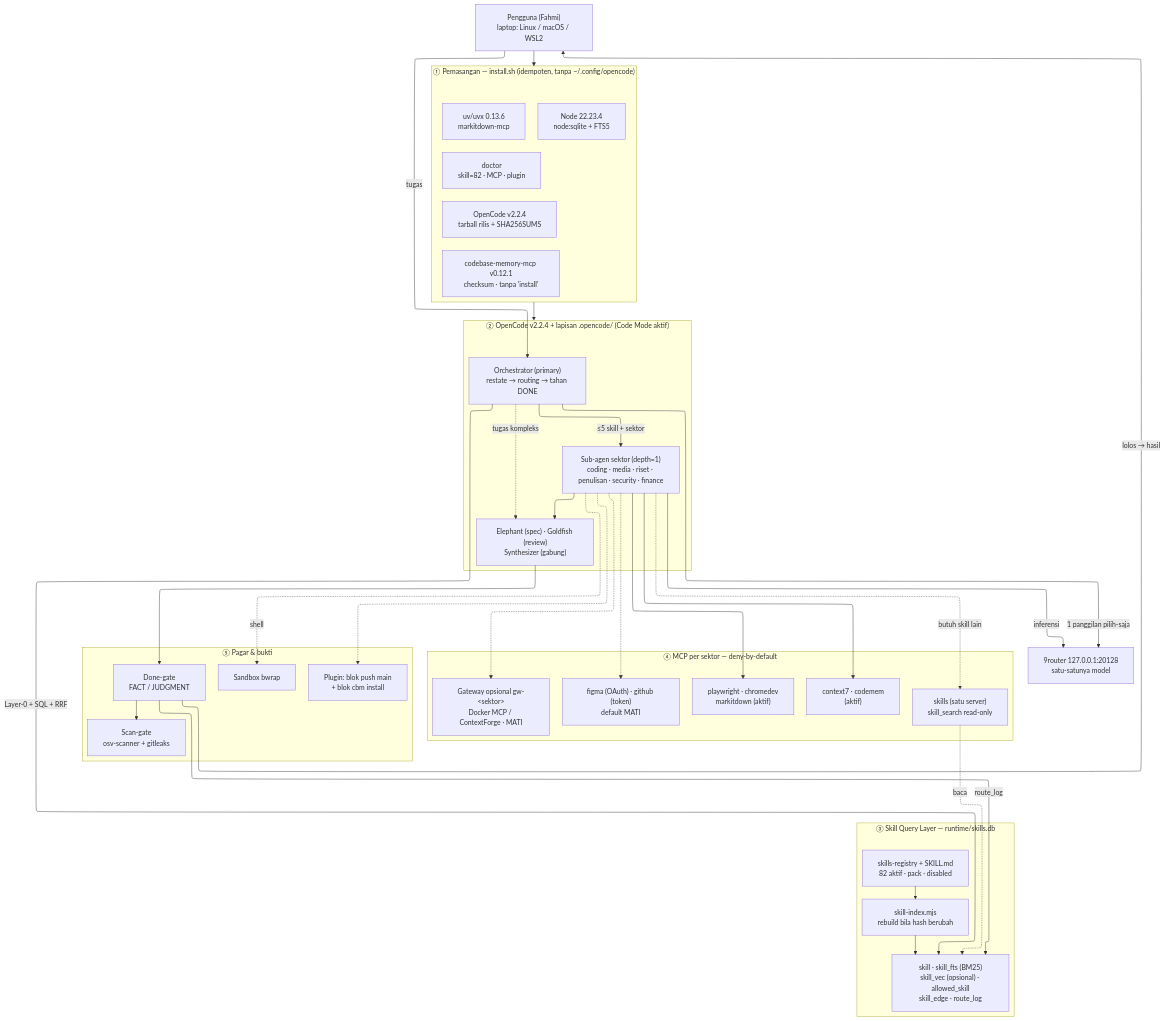
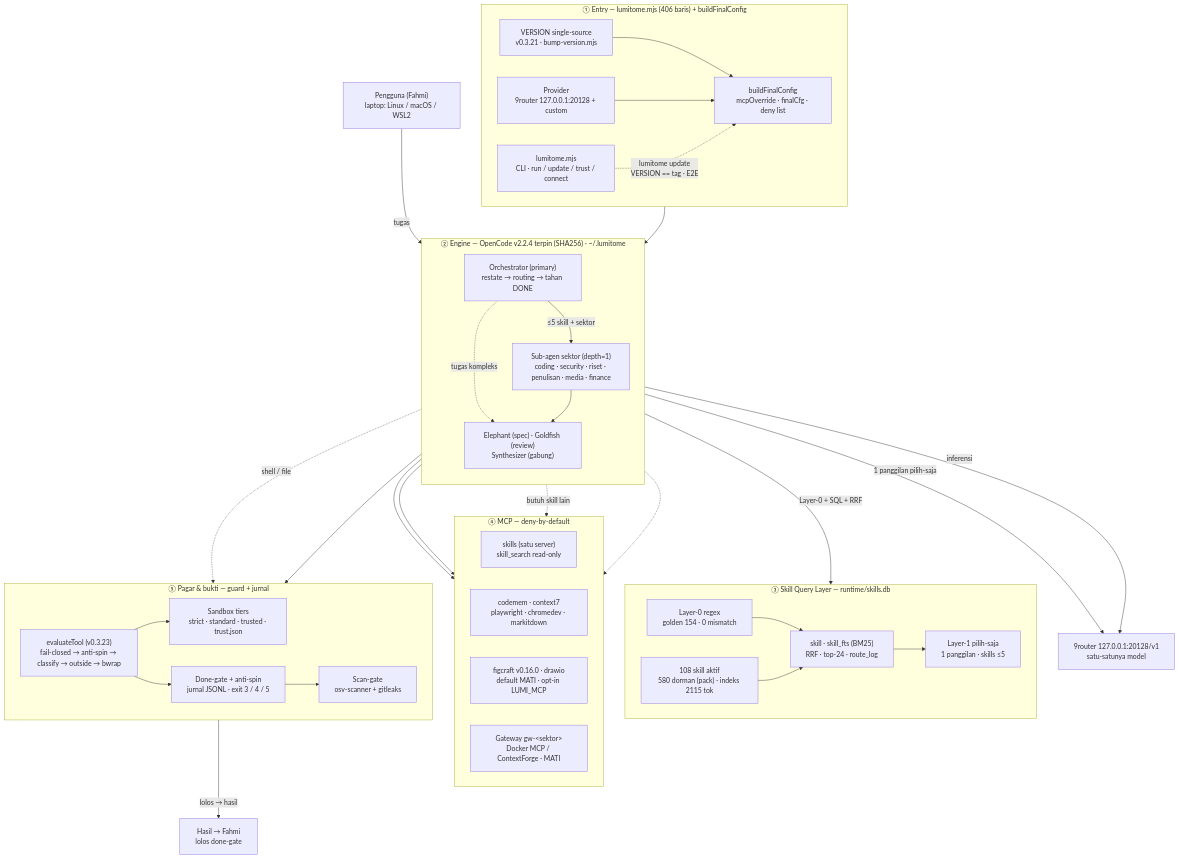
The diagram in docs/diagrams/arsitektur-final.mmd (fahmi0812/Lumitome), drawn with Mermaid before and after one commit. The commit also changed 6 other files, not shown here.

First line of the commit message:
v0.3.24 — Perbarui diagram arsitektur

```diff
--- a/docs/diagrams/arsitektur-final.mmd
+++ b/docs/diagrams/arsitektur-final.mmd
@@ -1,73 +1,73 @@
 ---
 config:
-  layout: elk
   flowchart:
     padding: 18
 ---
 flowchart TB
   U["Pengguna (Fahmi)<br/>laptop: Linux / macOS / WSL2"]
 
-  subgraph INST["① Pemasangan — install.sh (idempoten, tanpa ~/.config/opencode)"]
+  subgraph ENTRY["① Entry — lumitome.mjs (406 baris) + buildFinalConfig"]
     direction LR
-    I1["OpenCode v2.2.4<br/>tarball rilis + SHA256SUMS"]
-    I2["Node 22.23.4<br/>node:sqlite + FTS5"]
-    I3["codebase-memory-mcp v0.12.1<br/>checksum · tanpa 'install'"]
-    I4["uv/uvx 0.13.6<br/>markitdown-mcp"]
-    I5["doctor<br/>skill=82 · MCP · plugin"]
+    E1["lumitome.mjs<br/>CLI · run / update / trust / connect"]
+    E2["buildFinalConfig<br/>mcpOverride · finalCfg · deny list"]
+    E3["VERSION single-source<br/>v0.3.21 · bump-version.mjs"]
+    E4["Provider<br/>9router 127.0.0.1:20128 + custom"]
+    E3 --> E2
+    E4 --> E2
+    E1 -. "lumitome update<br/>VERSION == tag · E2E" .-> E2
   end
 
-  subgraph OC["② OpenCode v2.2.4 + lapisan .opencode/ (Code Mode aktif)"]
+  subgraph ENG["② Engine — OpenCode v2.2.4 terpin (SHA256) · ~/.lumitome"]
     direction TB
     ORC["Orchestrator (primary)<br/>restate → routing → tahan DONE"]
-    SEK["Sub-agen sektor (depth=1)<br/>coding · media · riset · penulisan · security · finance"]
+    SEK["Sub-agen sektor (depth=1)<br/>coding · security · riset · penulisan · media · finance"]
     AUX["Elephant (spec) · Goldfish (review)<br/>Synthesizer (gabung)"]
     ORC -- "≤5 skill + sektor" --> SEK
     ORC -. "tugas kompleks" .-> AUX
     SEK --> AUX
   end
 
   subgraph SQL["③ Skill Query Layer — runtime/skills.db"]
-    direction TB
-    REG["skills-registry + SKILL.md<br/>82 aktif · pack · disabled"]
-    IDX["skill-index.mjs<br/>rebuild bila hash berubah"]
-    DB["skill · skill_fts (BM25)<br/>skill_vec (opsional) · allowed_skill<br/>skill_edge · route_log"]
-    REG --> IDX --> DB
+    direction LR
+    L0["Layer-0 regex<br/>golden 154 · 0 mismatch"]
+    DB["skill · skill_fts (BM25)<br/>RRF · top-24 · route_log"]
+    L1["Layer-1 pilih-saja<br/>1 panggilan · skills ≤5"]
+    REG["108 skill aktif<br/>580 dorman (pack) · indeks 2115 tok"]
+    L0 --> DB --> L1
+    REG --> DB
   end
 
-  subgraph MCP["④ MCP per sektor — deny-by-default"]
+  subgraph MCP["④ MCP — deny-by-default"]
     direction LR
-    M1["context7 · codemem<br/>(aktif)"]
-    M2["playwright · chromedev<br/>markitdown (aktif)"]
-    M3["skills (satu server)<br/>skill_search read-only"]
-    M4["figma (OAuth) · github (token)<br/>default MATI"]
-    M5["Gateway opsional gw-&lt;sektor&gt;<br/>Docker MCP / ContextForge · MATI"]
+    M1["skills (satu server)<br/>skill_search read-only"]
+    M2["codemem · context7<br/>playwright · chromedev · markitdown"]
+    M3["figcraft v0.16.0 · drawio<br/>default MATI · opt-in LUMI_MCP"]
+    M4["Gateway gw-&lt;sektor&gt;<br/>Docker MCP / ContextForge · MATI"]
   end
 
-  subgraph GATE["⑤ Pagar & bukti"]
+  subgraph GATE["⑤ Pagar & bukti — guard + jurnal"]
     direction LR
-    DG["Done-gate<br/>FACT / JUDGMENT"]
+    EV["evaluateTool (v0.3.23)<br/>fail-closed → anti-spin → classify → outside → bwrap"]
+    SB["Sandbox tiers<br/>strict · standard · trusted · trust.json"]
+    DG["Done-gate + anti-spin<br/>jurnal JSONL · exit 3 / 4 / 5"]
     SG["Scan-gate<br/>osv-scanner + gitleaks"]
-    BW["Sandbox bwrap"]
-    PG["Plugin: blok push main<br/>+ blok cbm install"]
+    EV --> SB
+    EV --> DG
+    DG --> SG
   end
 
-  R9["9router 127.0.0.1:20128<br/>satu-satunya model"]
+  R9["9router 127.0.0.1:20128/v1<br/>satu-satunya model"]
+  OUT["Hasil → Fahmi<br/>lolos done-gate"]
 
-  U --> INST
-  INST --> OC
   U -- "tugas" --> ORC
+  ENTRY --> ENG
   ORC -- "Layer-0 + SQL + RRF" --> DB
   ORC -- "1 panggilan pilih-saja" --> R9
   SEK -- "inferensi" --> R9
   SEK --> M1
   SEK --> M2
   SEK -. "butuh skill lain" .-> M3
-  M3 -. "baca" .-> DB
   SEK -.-> M4
-  SEK -.-> M5
+  SEK -. "shell / file" .-> EV
   AUX --> DG
-  DG --> SG
-  SEK -. "shell" .-> BW
-  SEK -.-> PG
-  DG -- "lolos → hasil" --> U
-  DG -- "route_log" --> DB
+  DG -- "lolos → hasil" --> OUT
```
